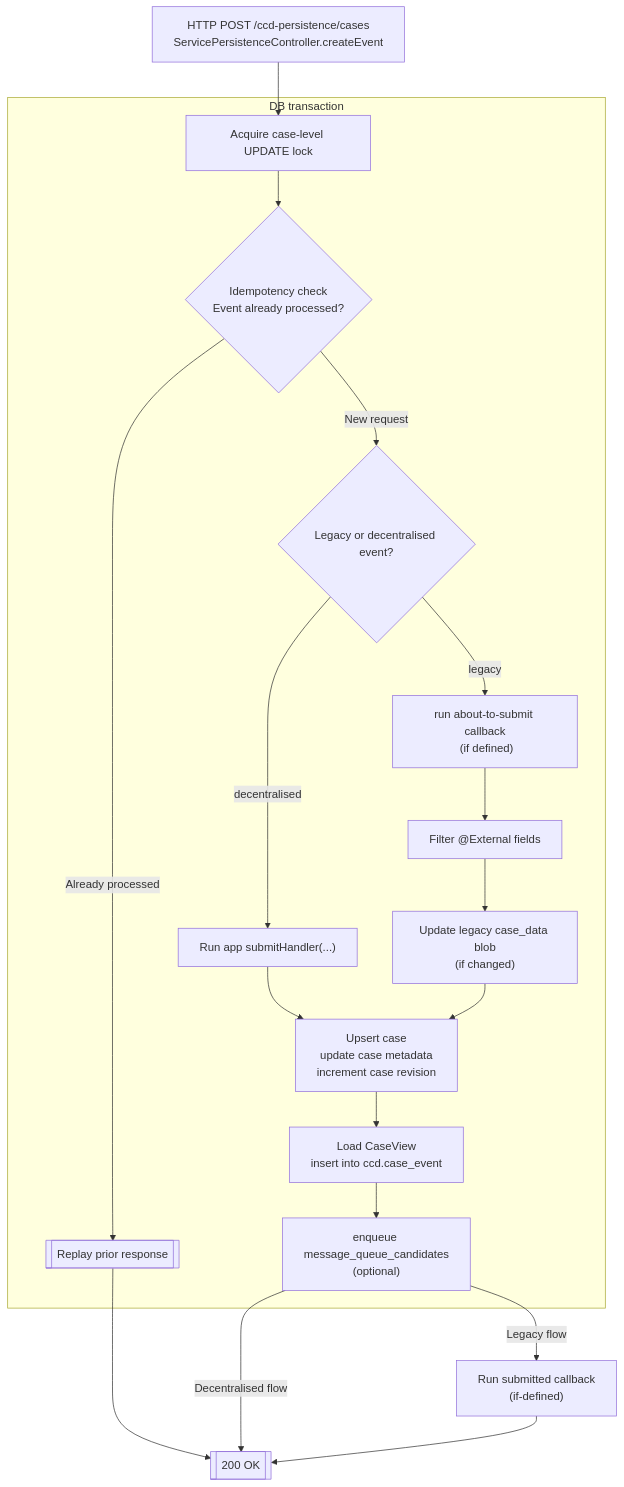
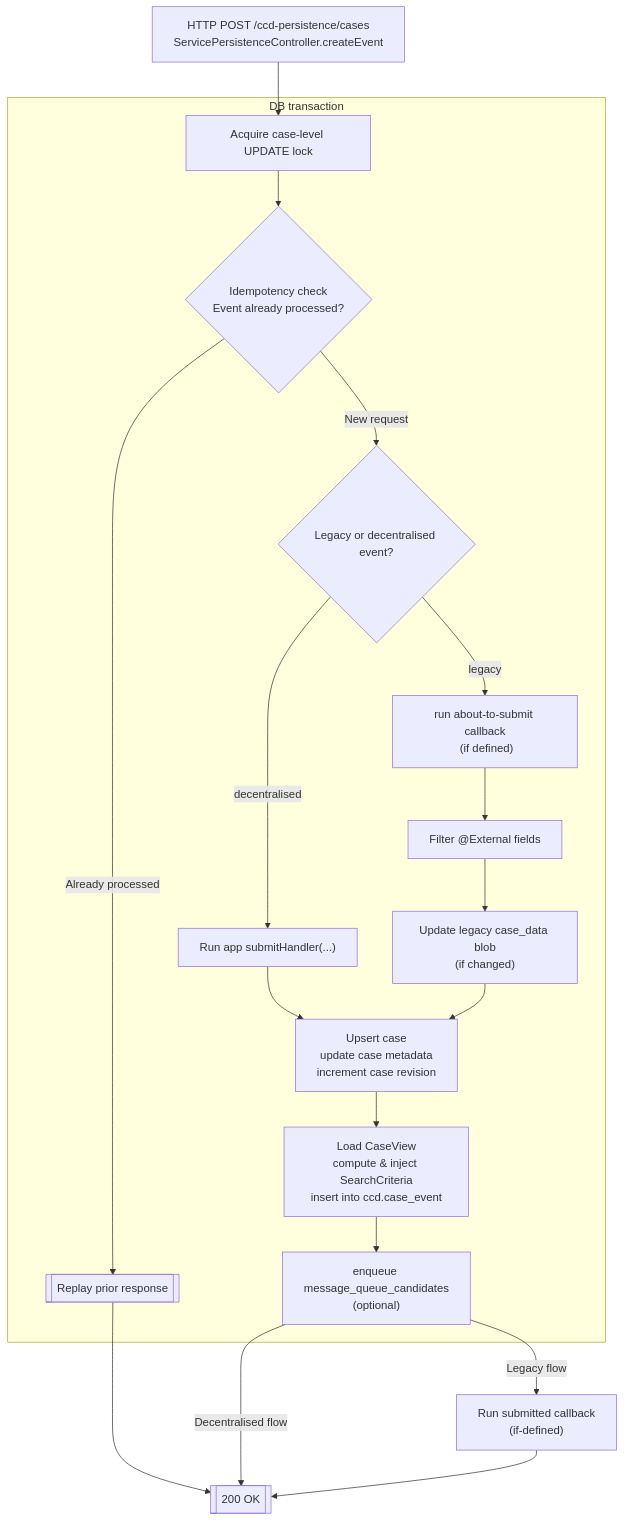
The second of 2 diagrams in docs/decentralised-runtime.md (hmcts/dtsse-ccd-config-generator), drawn with Mermaid before and after one commit. The commit also changed other lines of this file, not shown here.

````diff
--- a/docs/decentralised-runtime.md
+++ b/docs/decentralised-runtime.md
@@ -161,39 +163,39 @@
 ```mermaid
 flowchart TB
   A["HTTP POST /ccd-persistence/cases<br/>ServicePersistenceController.createEvent"] --> LOCK["Acquire case-level UPDATE lock"]
 
   subgraph TX [DB transaction]
     LOCK --> LCK{Idempotency check<br/>Event already processed?}
     LCK -->|Already processed| HIT[[Replay prior response]]
     LCK -->|New request| HANDLER{Legacy or decentralised event?}
 
     HANDLER -->|decentralised| NEW["Run app submitHandler(...)"]
     HANDLER -->|legacy| LEG["run about-to-submit callback</br> (if defined)"]
 
     LEG --> SNAP["Filter @External fields"]
     SNAP --> BLOB["Update legacy case_data blob</br>(if changed)"]
     NEW --> UPS
     BLOB --> UPS["Upsert case<br/>update case metadata</br>increment case revision"]
 
-    UPS --> VIEW["Load CaseView</br>insert into ccd.case_event"]
+    UPS --> VIEW["Load CaseView</br>compute & inject SearchCriteria</br>insert into ccd.case_event"]
     VIEW --> BUS["enqueue message_queue_candidates</br>(optional)"]
   end
 
   HIT --> HTTP200[[200 OK]]
   BUS -->|Legacy flow| SUBM["Run submitted callback</br>(if-defined)"]
   BUS -->|Decentralised flow| HTTP200
   SUBM --> HTTP200
 
   click A "https://github.com/hmcts/dtsse-ccd-config-generator/blob/master/sdk/decentralised-runtime/src/main/java/uk/gov/hmcts/ccd/sdk/impl/ServicePersistenceController.java#L58" "ServicePersistenceController.java" _blank
   click C "https://github.com/hmcts/dtsse-ccd-config-generator/blob/master/sdk/decentralised-runtime/src/main/java/uk/gov/hmcts/ccd/sdk/impl/CaseSubmissionService.java#L36" "CaseSubmissionService.java" _blank
   click LOCK "https://github.com/hmcts/dtsse-ccd-config-generator/blob/master/sdk/decentralised-runtime/src/main/java/uk/gov/hmcts/ccd/sdk/impl/IdempotencyEnforcer.java#L31" "Acquire lock" _blank
   click LCK "https://github.com/hmcts/dtsse-ccd-config-generator/blob/master/sdk/decentralised-runtime/src/main/java/uk/gov/hmcts/ccd/sdk/impl/IdempotencyEnforcer.java#L22" "IdempotencyEnforcer.lockCaseAndGetExistingEvent" _blank
   click NEW "https://github.com/hmcts/dtsse-ccd-config-generator/blob/master/sdk/decentralised-runtime/src/main/java/uk/gov/hmcts/ccd/sdk/impl/DecentralisedSubmissionHandler.java#L27" "DecentralisedSubmissionHandler.apply" _blank
   click LEG "https://github.com/hmcts/dtsse-ccd-config-generator/blob/master/sdk/decentralised-runtime/src/main/java/uk/gov/hmcts/ccd/sdk/impl/LegacyCallbackSubmissionHandler.java#L51" "LegacyCallbackSubmissionHandler.apply" _blank
   click SNAP "https://github.com/hmcts/dtsse-ccd-config-generator/blob/master/sdk/decentralised-runtime/src/main/java/uk/gov/hmcts/ccd/sdk/impl/LegacyCallbackSubmissionHandler.java#L195" "snapshotWithFilteredFields" _blank
   click UPS "https://github.com/hmcts/dtsse-ccd-config-generator/blob/master/sdk/decentralised-runtime/src/main/java/uk/gov/hmcts/ccd/sdk/impl/CaseDataRepository.java#L105" "CaseDataRepository.upsertCase" _blank
   click VIEW "https://github.com/hmcts/dtsse-ccd-config-generator/blob/master/sdk/decentralised-runtime/src/main/java/uk/gov/hmcts/ccd/sdk/impl/CaseProjectionService.java#L52" "CaseProjectionService.load" _blank
   click AUD "https://github.com/hmcts/dtsse-ccd-config-generator/blob/master/sdk/decentralised-runtime/src/main/java/uk/gov/hmcts/ccd/sdk/impl/AuditEventService.java#L67" "AuditEventService.saveAuditRecord" _blank
   click BUS "https://github.com/hmcts/dtsse-ccd-config-generator/blob/master/sdk/decentralised-runtime/src/main/java/uk/gov/hmcts/ccd/sdk/impl/MessagePublisher.java#L79" "MessagePublisher.publishEvent" _blank
   click HANDLER "https://github.com/hmcts/dtsse-ccd-config-generator/blob/9fe79e8e30e98faf96dc3411d069b09a08a2a295/sdk/decentralised-runtime/src/main/java/uk/gov/hmcts/ccd/sdk/impl/CaseSubmissionService.java#L42" _blank
 ```
````
